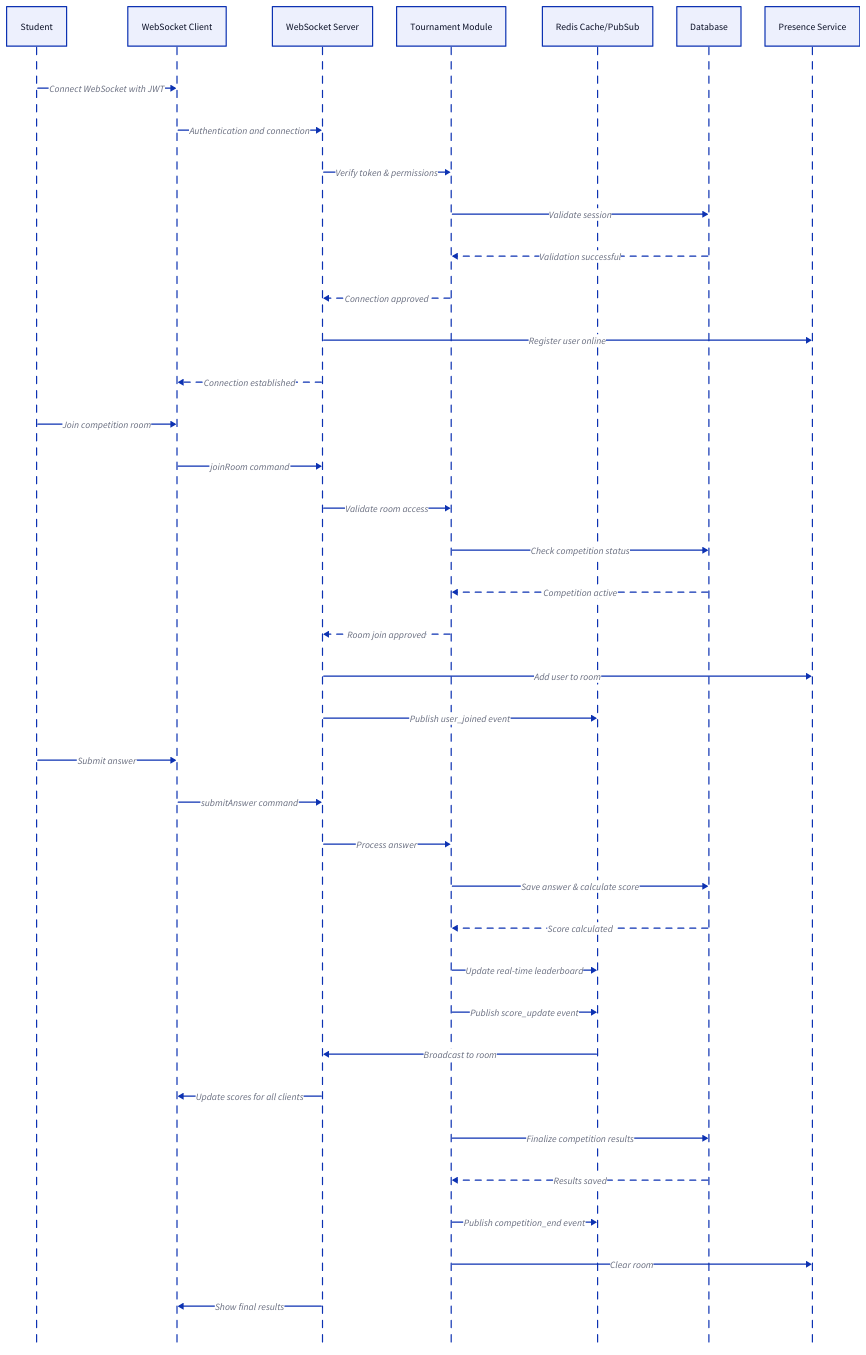
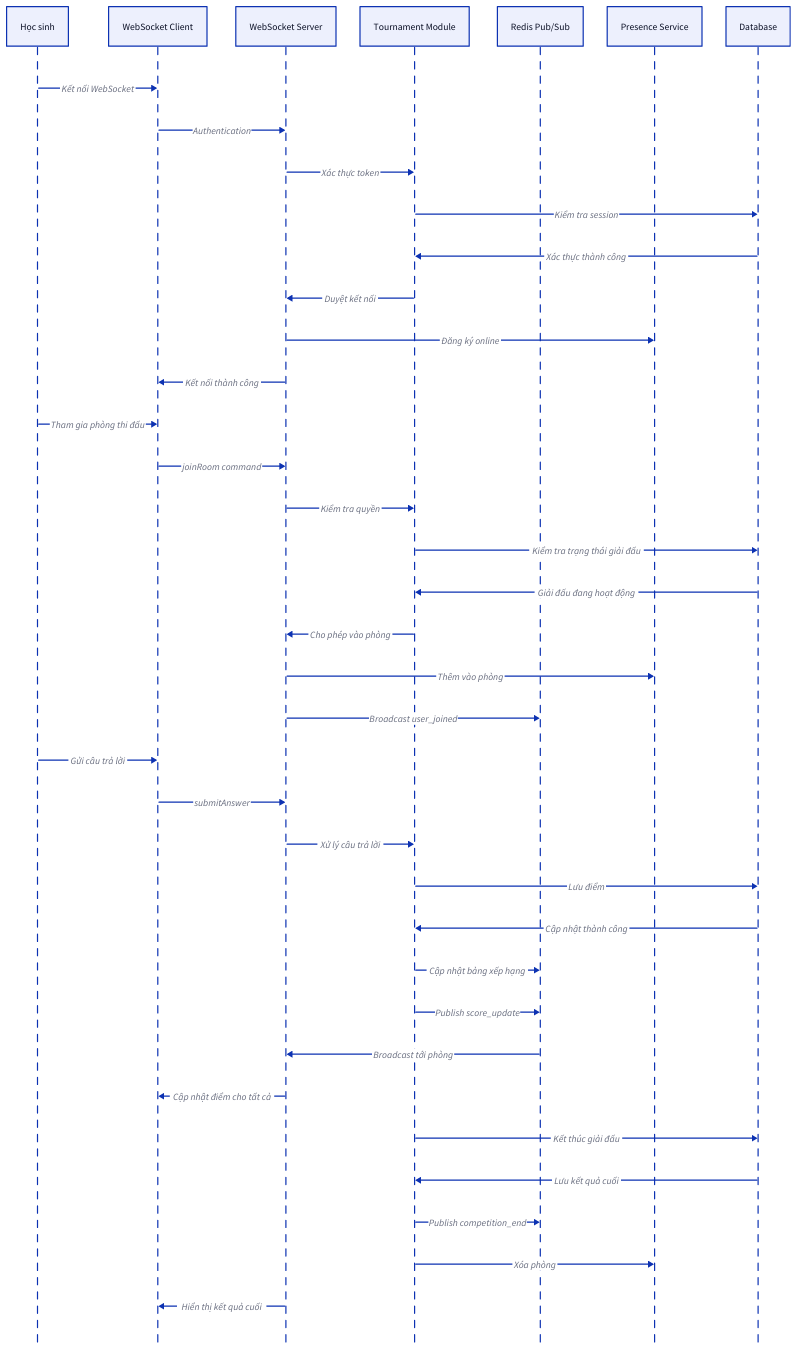
The third of 5 diagrams in docs/specs/01-arch/design.md (philongdanh/lms), drawn with D2 before and after one commit. The commit also changed other lines of this file and 4 other files, not shown here.

````diff
--- a/docs/specs/01-arch/design.md
+++ b/docs/specs/01-arch/design.md
@@ -253,59 +102,44 @@
 ```d2
 shape: sequence_diagram
 
-Student: Student
+direction: right
+
+HọcSinh: Học sinh
 WS: WebSocket Client
 WSServer: WebSocket Server
 Tournament: Tournament Module
-Redis: Redis Cache/PubSub
+Redis: Redis Pub/Sub
+Presence: Presence Service
 DB: Database
-Presence: Presence Service
 
-Student -> WS: Connect WebSocket with JWT
-WS -> WSServer: Authentication and connection
-WSServer -> Tournament: Verify token & permissions
-Tournament -> DB: Validate session
-DB -> Tournament: Validation successful {
-  style.stroke-dash: 5
-}
-Tournament -> WSServer: Connection approved {
-  style.stroke-dash: 5
-}
-WSServer -> Presence: Register user online
-WSServer -> WS: Connection established {
-  style.stroke-dash: 5
-}
-
-Student -> WS: Join competition room
+HọcSinh -> WS: Kết nối WebSocket
+WS -> WSServer: Authentication
+WSServer -> Tournament: Xác thực token
+Tournament -> DB: Kiểm tra session
+DB -> Tournament: Xác thực thành công
+Tournament -> WSServer: Duyệt kết nối
+WSServer -> Presence: Đăng ký online
+WSServer -> WS: Kết nối thành công
+HọcSinh -> WS: Tham gia phòng thi đấu
 WS -> WSServer: joinRoom command
-WSServer -> Tournament: Validate room access
-Tournament -> DB: Check competition status
-DB -> Tournament: Competition active {
-  style.stroke-dash: 5
-}
-Tournament -> WSServer: Room join approved {
-  style.stroke-dash: 5
-}
-WSServer -> Presence: Add user to room
-WSServer -> Redis: Publish user_joined event
-
-Student -> WS: Submit answer
-WS -> WSServer: submitAnswer command
-WSServer -> Tournament: Process answer
-Tournament -> DB: Save answer & calculate score
-DB -> Tournament: Score calculated {
-  style.stroke-dash: 5
-}
-Tournament -> Redis: Update real-time leaderboard
-Tournament -> Redis: Publish score_update event
-Redis -> WSServer: Broadcast to room
-WSServer -> WS: Update scores for all clients
-
-Tournament -> DB: Finalize competition results
-DB -> Tournament: Results saved {
-  style.stroke-dash: 5
-}
-Tournament -> Redis: Publish competition_end event
-Tournament -> Presence: Clear room
-WSServer -> WS: Show final results
+WSServer -> Tournament: Kiểm tra quyền
+Tournament -> DB: Kiểm tra trạng thái giải đấu
+DB -> Tournament: Giải đấu đang hoạt động
+Tournament -> WSServer: Cho phép vào phòng
+WSServer -> Presence: Thêm vào phòng
+WSServer -> Redis: Broadcast user_joined
+HọcSinh -> WS: Gửi câu trả lời
+WS -> WSServer: submitAnswer
+WSServer -> Tournament: Xử lý câu trả lời
+Tournament -> DB: Lưu điểm
+DB -> Tournament: Cập nhật thành công
+Tournament -> Redis: Cập nhật bảng xếp hạng
+Tournament -> Redis: Publish score_update
+Redis -> WSServer: Broadcast tới phòng
+WSServer -> WS: Cập nhật điểm cho tất cả
+Tournament -> DB: Kết thúc giải đấu
+DB -> Tournament: Lưu kết quả cuối
+Tournament -> Redis: Publish competition_end
+Tournament -> Presence: Xóa phòng
+WSServer -> WS: Hiển thị kết quả cuối
 ```
````
